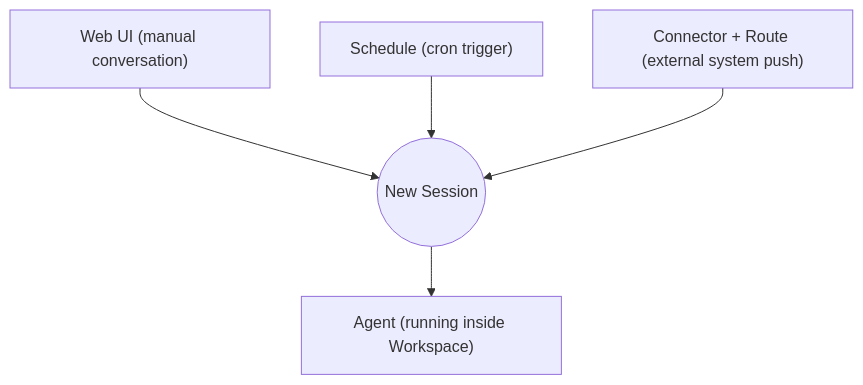
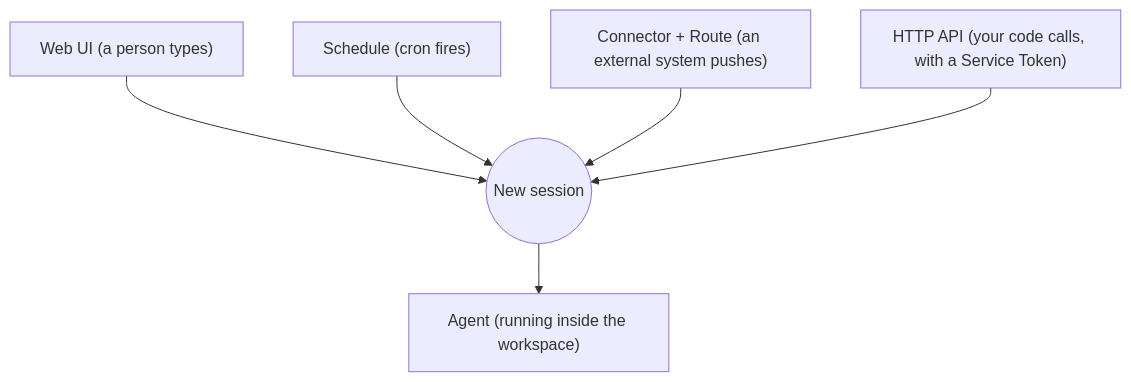
One commit to neutree-ai/agent-platform changed the diagram in docs-site/src/content/docs/concepts/triggers-and-routes.md. Above: the diagram before and after it, drawn with Mermaid. The commit also changed other lines of this file and 24 other files, not shown here.

```diff
--- a/docs-site/src/content/docs/concepts/triggers-and-routes.md
+++ b/docs-site/src/content/docs/concepts/triggers-and-routes.md
@@ -78,13 +85,15 @@
 <pre class="mermaid">
 flowchart TD
-  UI["Web UI (manual conversation)"]
-  SCH["Schedule (cron trigger)"]
-  CR["Connector + Route (external system push)"]
-  S(("New Session"))
-  A["Agent (running inside Workspace)"]
+  UI["Web UI (a person types)"]
+  SCH["Schedule (cron fires)"]
+  CR["Connector + Route (an external system pushes)"]
+  API["HTTP API (your code calls, with a Service Token)"]
+  S(("New session"))
+  A["Agent (running inside the workspace)"]
 
   UI --> S
   SCH --> S
   CR --> S
+  API --> S
   S --> A
 </pre>
```
